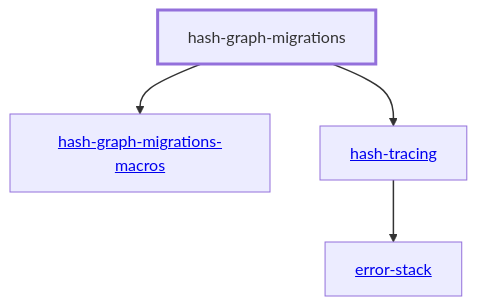
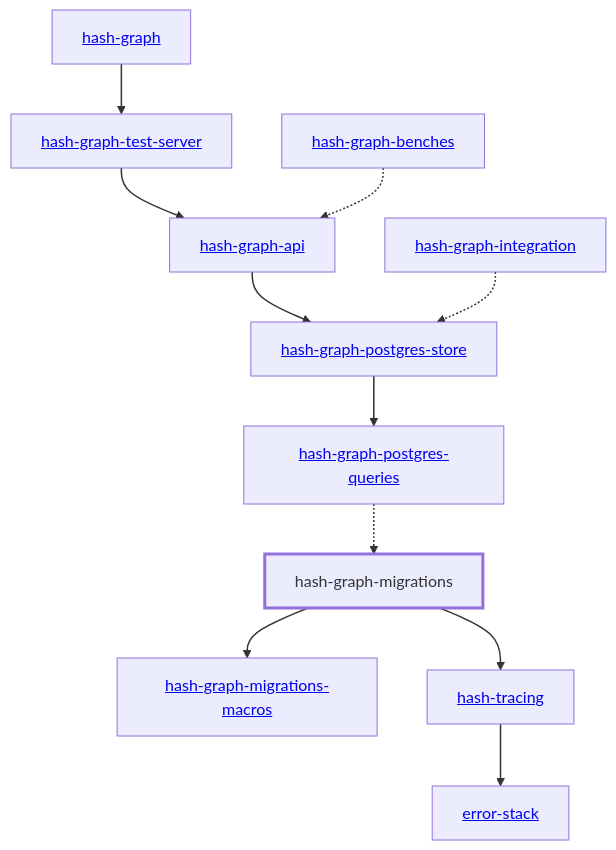
Before and after one commit to hashintel/hash: the diagram in libs/@local/graph/migrations/docs/dependency-diagram.mmd, drawn with Mermaid. The commit also changed 11 other files, not shown here.

```diff
--- a/libs/@local/graph/migrations/docs/dependency-diagram.mmd
+++ b/libs/@local/graph/migrations/docs/dependency-diagram.mmd
@@ -1,18 +1,32 @@
 graph TD
     linkStyle default stroke-width:1.5px
     classDef default stroke-width:1px
     classDef root stroke-width:3px
     classDef dev stroke-width:1px
     classDef build stroke-width:1px
     %% Legend
     %% --> : Normal dependency
     %% -.-> : Dev dependency
     %% ---> : Build dependency
-    0[hash-graph-migrations]
-    class 0 root
-    1[<a href="../hash_graph_migrations_macros">hash-graph-migrations-macros</a>]
-    2[<a href="../hash_tracing">hash-tracing</a>]
-    3[<a href="../error_stack">error-stack</a>]
-    0 --> 1
-    0 --> 2
+    0[<a href="../hash_graph">hash-graph</a>]
+    1[<a href="../hash_graph_api">hash-graph-api</a>]
+    2[hash-graph-migrations]
+    class 2 root
+    3[<a href="../hash_graph_migrations_macros">hash-graph-migrations-macros</a>]
+    4[<a href="../hash_graph_postgres_queries">hash-graph-postgres-queries</a>]
+    5[<a href="../hash_graph_postgres_store">hash-graph-postgres-store</a>]
+    6[<a href="../hash_graph_test_server">hash-graph-test-server</a>]
+    7[<a href="../hash_tracing">hash-tracing</a>]
+    8[<a href="../error_stack">error-stack</a>]
+    9[<a href="../hash_graph_benches">hash-graph-benches</a>]
+    10[<a href="../hash_graph_integration">hash-graph-integration</a>]
+    0 --> 6
+    1 --> 5
     2 --> 3
+    2 --> 7
+    4 -.-> 2
+    5 --> 4
+    6 --> 1
+    7 --> 8
+    9 -.-> 1
+    10 -.-> 5
```
